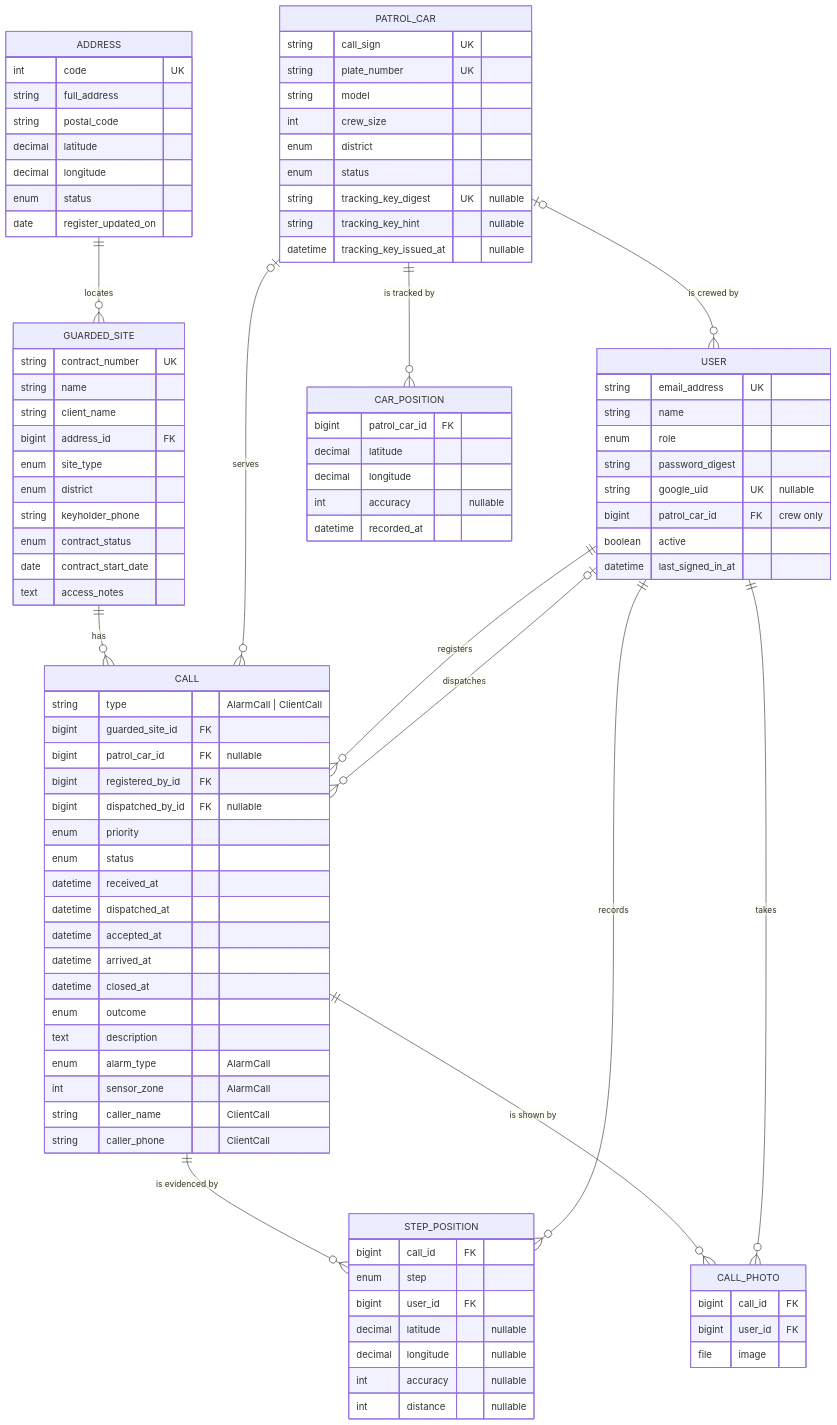
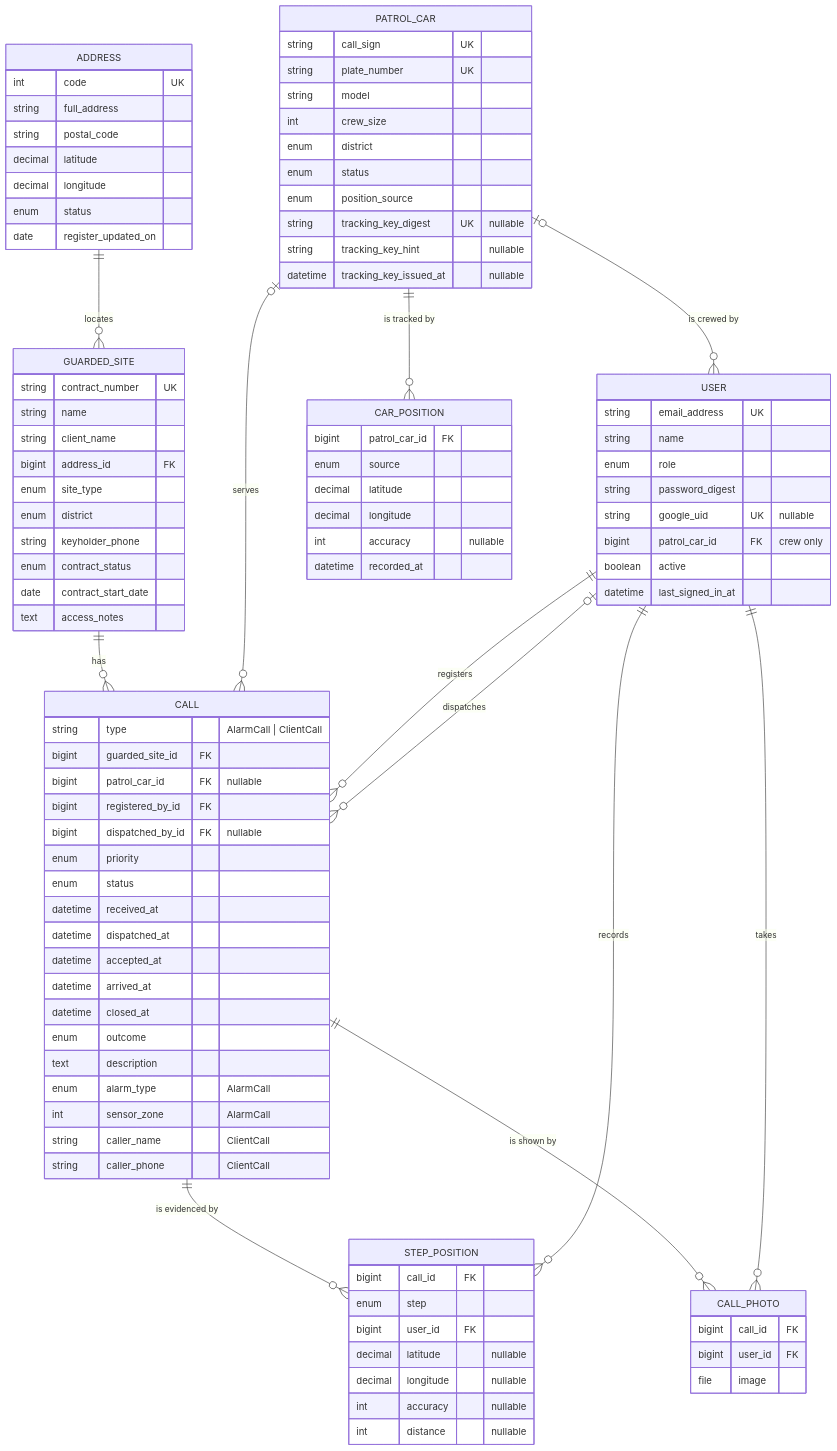
One commit to jromanovs/patrol-call-system changed the first of 2 diagrams in SPECIFICATION.md. Above: the diagram before and after it, drawn with Mermaid. The commit also changed other lines of this file, not shown here.

First line of the commit message:
docs(spec): a position source chosen for each car (TRK-01, TRK-03, TRK-04, BR-20, API-11)

```diff
--- a/SPECIFICATION.md
+++ b/SPECIFICATION.md
@@ -254,12 +257,14 @@
         int crew_size
         enum district
         enum status
+        enum position_source
         string tracking_key_digest UK "nullable"
         string tracking_key_hint "nullable"
         datetime tracking_key_issued_at "nullable"
     }
     CAR_POSITION {
         bigint patrol_car_id FK
+        enum source
         decimal latitude
         decimal longitude
         int accuracy "nullable"
```
